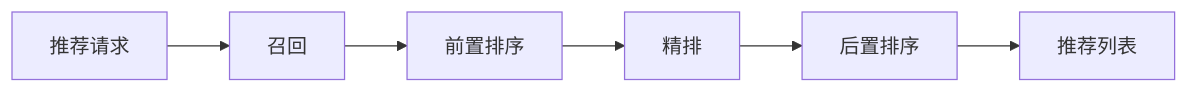
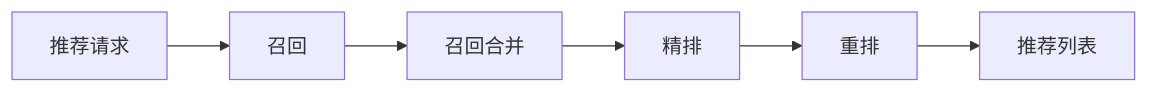
One commit to bitianyuan123/docs changed the diagram in diagrams/03_pairec_orchestration_01.mmd. Above: the diagram before and after it, drawn with Mermaid. The commit also changed 84 other files, not shown here.

```diff
--- a/diagrams/03_pairec_orchestration_01.mmd
+++ b/diagrams/03_pairec_orchestration_01.mmd
@@ -1,6 +1,6 @@
 flowchart LR
     Request[推荐请求] --> Recall[召回]
-    Recall --> PreSort[前置排序]
-    PreSort --> Rank[精排]
-    Rank --> PostSort[后置排序]
-    PostSort --> Response[推荐列表]
+    Recall --> RecallMerge[召回合并]
+    RecallMerge --> Rank[精排]
+    Rank --> Rerank[重排]
+    Rerank --> Response[推荐列表]
```
